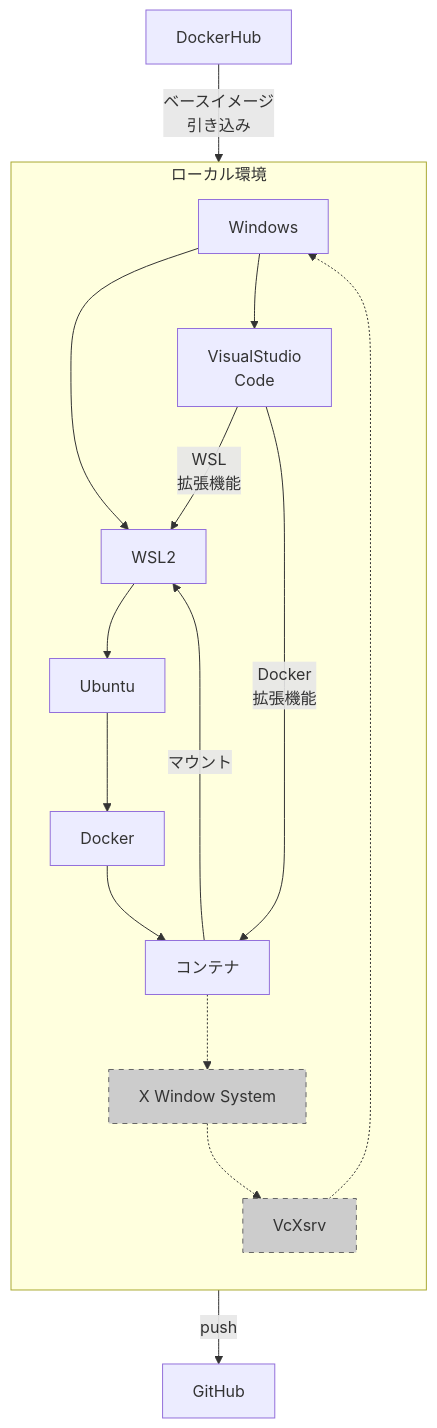
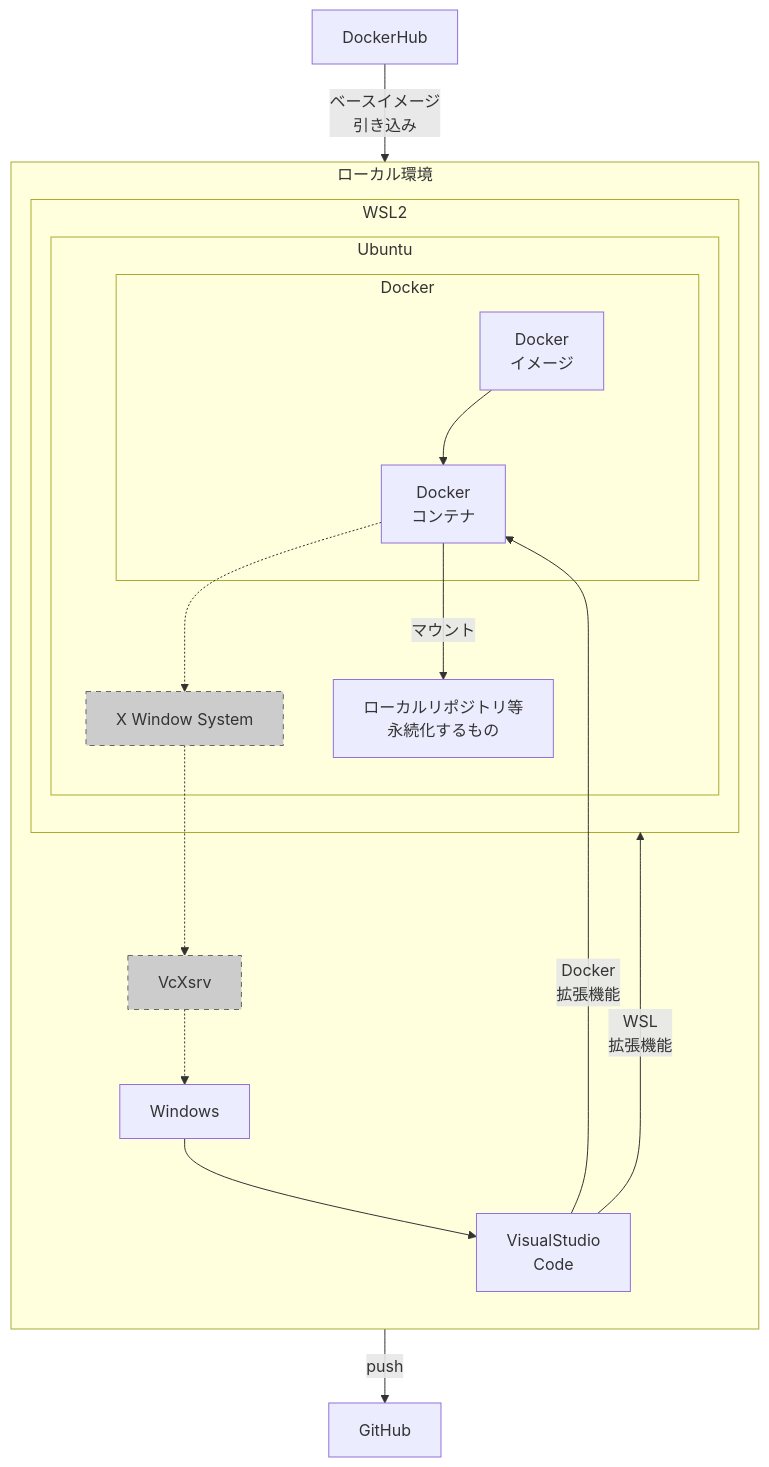
Before and after one commit to tabirider/zenn: the eighth of 8 diagrams in articles/tr-windows-dev-env.md, drawn with Mermaid. The commit also changed other lines of this file and 16 other files, not shown here.

````diff
--- a/articles/tr-windows-dev-env.md
+++ b/articles/tr-windows-dev-env.md
@@ -237,31 +237,33 @@
 ```mermaid
 flowchart TB
 subgraph LOCAL[ローカル環境]
   direction TB
   WINDOWS[Windows]
-  WSL[WSL2]
-  UBUNTU[Ubuntu]
-  DOCKER[Docker]
-  CONTAINER[コンテナ]
+  subgraph WSL[WSL2]
+    subgraph UBUNTU[Ubuntu]
+      SRC[ローカルリポジトリ等<br>永続化するもの]
+      subgraph DOCKER[Docker]
+        IMG[Docker<br>イメージ]
+        CONTAINER[Docker<br>コンテナ]
+      end
+      X11[X Window System]
+    end
+  end
   VSCODE[VisualStudio<br>Code]
-  X11[X Window System]
   VCXSRV[VcXsrv]
 end
+GITHUB[GitHub]
 DOCKERHUB[DockerHub]
-GITHUB[GitHub]
-WINDOWS --> WSL
-WSL --> UBUNTU
-UBUNTU --> DOCKER
-DOCKER --> CONTAINER
 WINDOWS --> VSCODE
 VSCODE -- WSL<br>拡張機能 --> WSL
 VSCODE -- Docker<br>拡張機能 --> CONTAINER
+IMG --> CONTAINER
 CONTAINER -.-> X11
 X11 -.-> VCXSRV
 VCXSRV -.-> WINDOWS
-DOCKERHUB -- ベースイメージ<br>引き込み --> DOCKER
-CONTAINER -- push --> GITHUB
-CONTAINER -- マウント --> WSL
+DOCKERHUB -- ベースイメージ<br>引き込み --> IMG
+SRC -- push --> GITHUB
+CONTAINER -- マウント --> SRC
 class X11,VCXSRV disabled
 classDef disabled fill:#ccc,stroke-dasharray:5 5, stroke:#666
 ```
````
